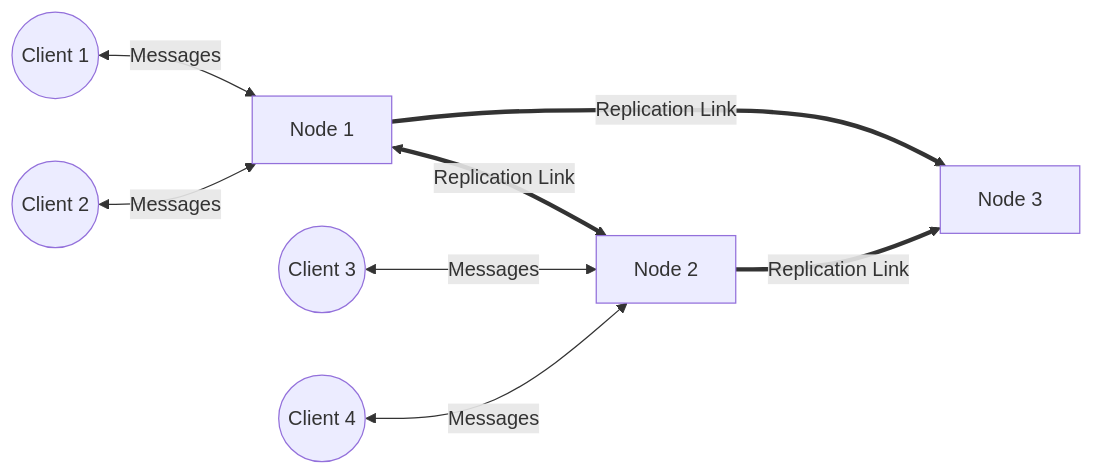
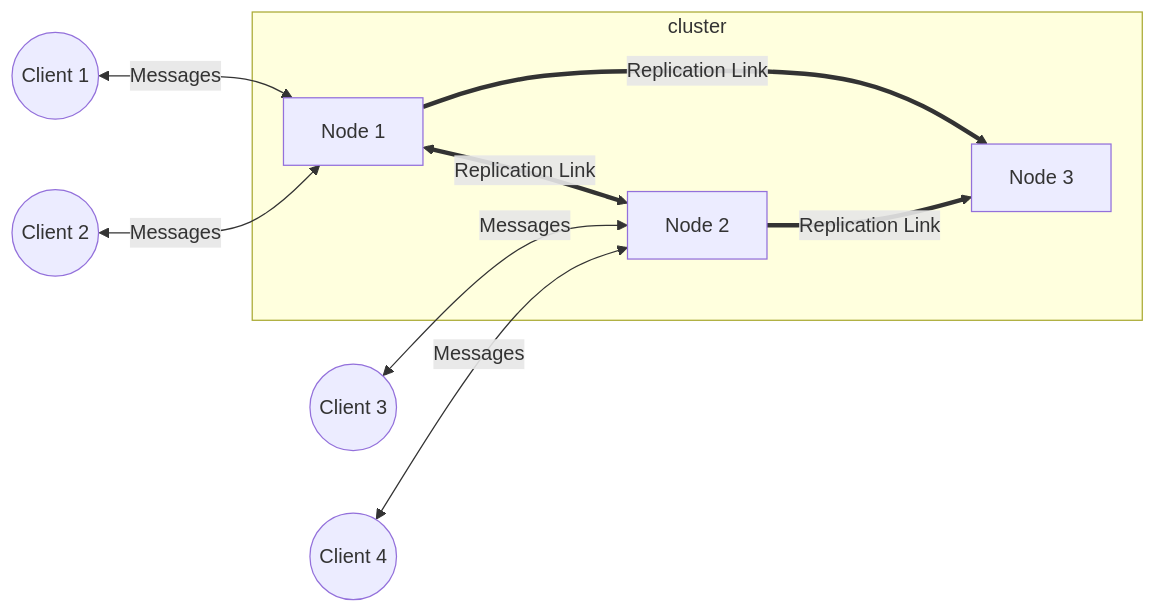
The diagram in README.md (niklas-enns/message-broker), drawn with Mermaid before and after one commit.

````diff
--- a/README.md
+++ b/README.md
@@ -11,11 +11,13 @@
 ```mermaid
 graph LR;
+    subgraph "cluster"
     N1[Node 1]<==>|Replication Link|N2[Node 2]
     N1[Node 1]==>|Replication Link|N3[Node 3]
     N2==>|Replication Link|N3
+    end
     C1((Client 1))<-->|Messages|N1;
     C2((Client 2))<-->|Messages|N1;
     C3((Client 3))<-->|Messages|N2;
     C4((Client 4))<-->|Messages|N2;
     N3[Node 3]
 ```
````
